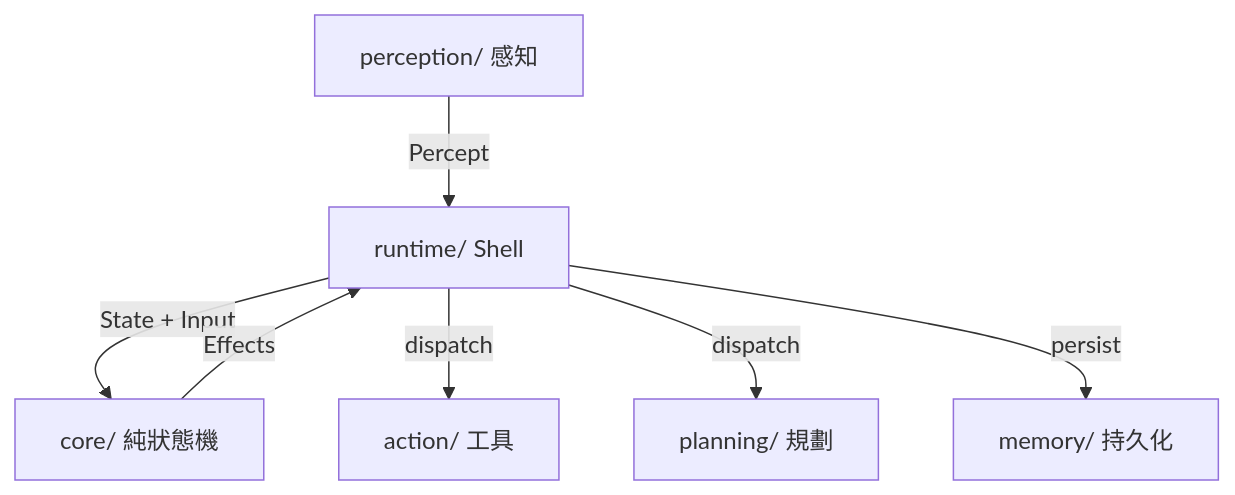
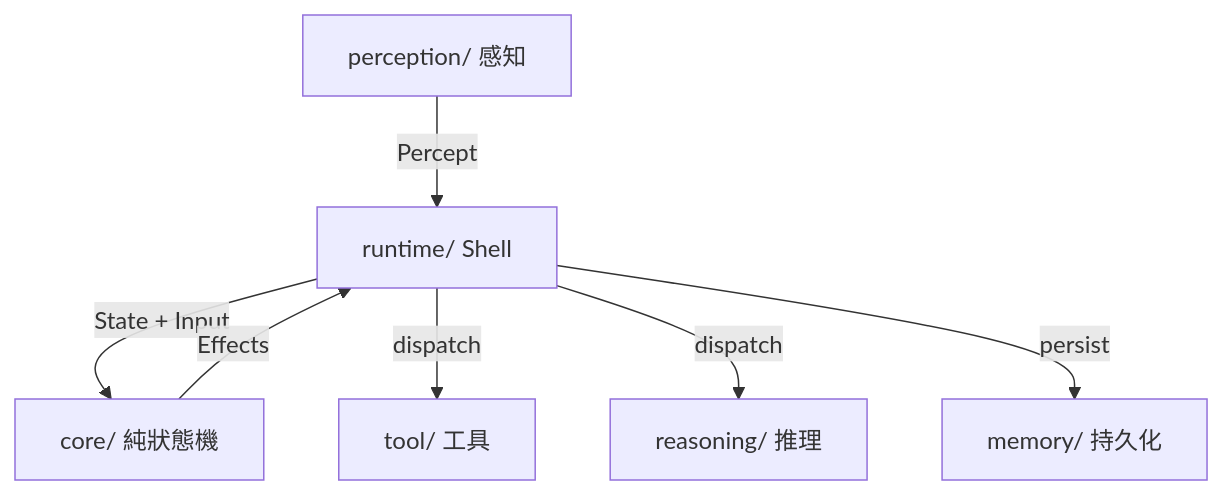
The first of 2 diagrams in docs/tutorials/01-getting-started.md (BizShuk/agentSDK), drawn with Mermaid before and after one commit. The commit also changed other lines of this file and 121 other files, not shown here.

````diff
--- a/docs/tutorials/01-getting-started.md
+++ b/docs/tutorials/01-getting-started.md
@@ -21,9 +21,9 @@
 ```mermaid
 flowchart TD
     P["perception/ 感知"] -->|"Percept"| R["runtime/ Shell"]
     R -->|"State + Input"| S["core/ 純狀態機"]
     S -->|"Effects"| R
-    R -->|"dispatch"| A["action/ 工具"]
-    R -->|"dispatch"| M["planning/ 規劃"]
+    R -->|"dispatch"| A["tool/ 工具"]
+    R -->|"dispatch"| M["reasoning/ 推理"]
     R -->|"persist"| MEM["memory/ 持久化"]
 ```
````
